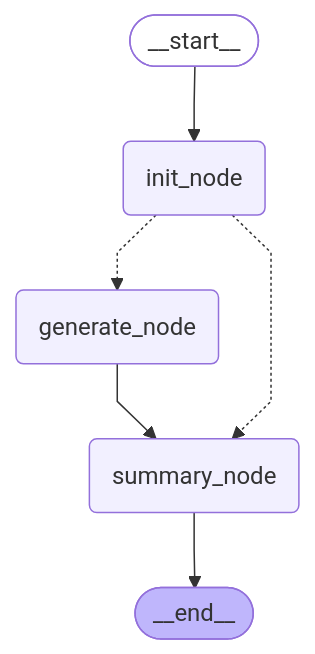
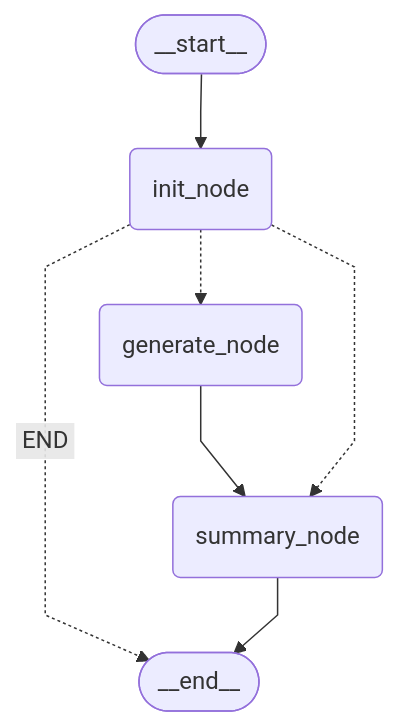
The diagram in langda/history/langda_agent_simple_mermaid.mmd (GigaGaiaWorld/nsai_master), drawn with Mermaid before and after one commit. The commit also changed 2920 other files, not shown here.

```diff
--- a/langda/history/langda_agent_simple_mermaid.mmd
+++ b/langda/history/langda_agent_simple_mermaid.mmd
@@ -1,19 +1,17 @@
 ---
 config:
   flowchart:
     curve: linear
 ---
 graph TD;
 	__start__([<p>__start__</p>]):::first
 	init_node(init_node)
 	generate_node(generate_node)
 	summary_node(summary_node)
 	__end__([<p>__end__</p>]):::last
 	__start__ --> init_node;
 	generate_node --> summary_node;
-	summary_node --> __end__;
+	init_node -. &nbsp;END&nbsp; .-> __end__;
 	init_node -.-> generate_node;
 	init_node -.-> summary_node;
-	classDef default fill:#f2f0ff,line-height:1.2
-	classDef first fill-opacity:0
-	classDef last fill:#bfb6fc
+	summary_node --> __end__;
```
